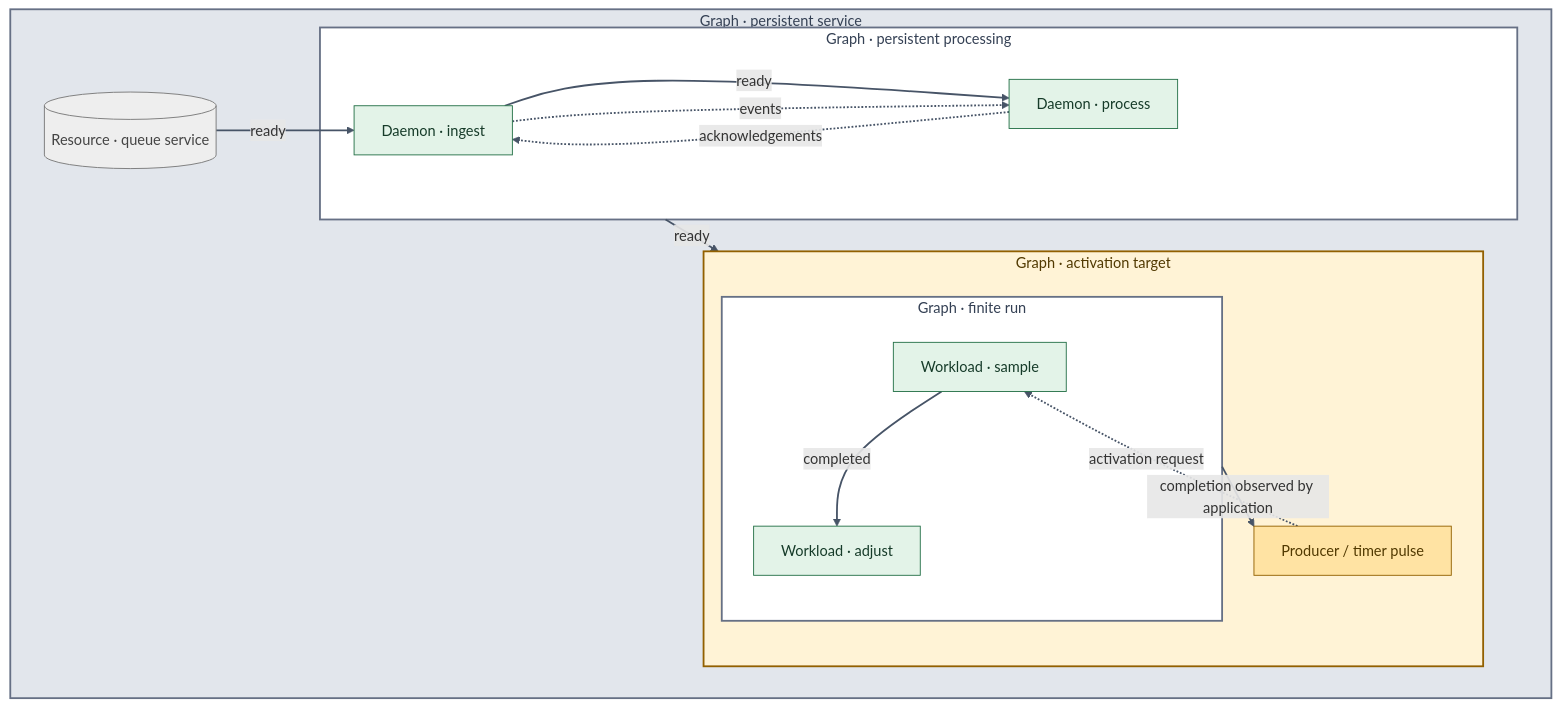
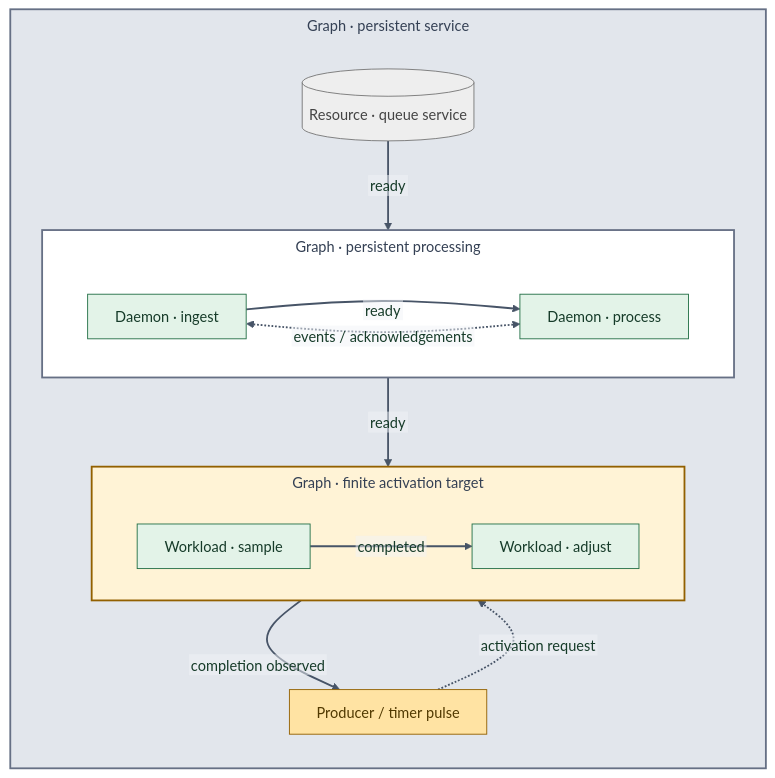
The eighth of 8 diagrams in README.md (astrivant/polyad), drawn with Mermaid before and after one commit. The commit also changed other lines of this file and 1 other file, not shown here.

Commit message:
Fix diagrams

````diff
--- a/README.md
+++ b/README.md
@@ -387,37 +542,53 @@
 ```mermaid
-flowchart LR
+---
+config:
+  theme: base
+  htmlLabels: false
+  themeVariables:
+    primaryTextColor: "#163b29"
+    secondaryTextColor: "#513900"
+    tertiaryTextColor: "#344054"
+    clusterBkg: "#f2f4f7"
+    clusterBorder: "#667085"
+    titleColor: "#344054"
+    edgeLabelBackground: "#f2f4f7"
+    lineColor: "#667085"
+  flowchart:
+    subGraphTitleMargin:
+      top: 8
+      bottom: 20
+---
+flowchart TB
     subgraph system["Graph · persistent service"]
-        direction LR
+        direction TB
         queue[("Resource · queue service")]
         subgraph service["Graph · persistent processing"]
+            direction LR
             ingest["Daemon · ingest"]
             process["Daemon · process"]
             ingest -->|ready| process
-            ingest -.->|events| process
-            process -.->|acknowledgements| ingest
+            ingest <-.->|"events / acknowledgements"| process
         end
-        subgraph activations["Graph · activation target"]
-            subgraph run["Graph · finite run"]
-                sample["Workload · sample"]
-                adjust["Workload · adjust"]
-                sample -->|completed| adjust
-            end
-            next["Producer / timer pulse"]
-            run -->|completion observed by application| next
-            next -.->|activation request| sample
+        subgraph activations["Graph · finite activation target"]
+            direction LR
+            sample["Workload · sample"]
+            adjust["Workload · adjust"]
+            sample -->|completed| adjust
         end
-        queue -->|ready| ingest
+        next["Producer / timer pulse"]
+        activations -->|"completion observed"| next
+        next -.->|"activation request"| activations
+        queue -->|ready| service
         service -->|ready| activations
     end
     classDef execution fill:#e3f3e8,stroke:#247047,color:#163b29
     classDef recurrence fill:#ffe3a3,stroke:#926000,color:#513900
     classDef resource fill:#eeeeee,stroke:#777777,color:#444444
     class ingest,process,sample,adjust execution
     class next recurrence
     class queue resource
     style system fill:#e2e6ec,stroke:#667085,stroke-width:2px,color:#344054
     style service fill:#ffffff,stroke:#667085,stroke-width:2px,color:#344054
     style activations fill:#fff3d6,stroke:#926000,stroke-width:2px,color:#513900
-    style run fill:#ffffff,stroke:#667085,stroke-width:2px,color:#344054
     linkStyle default stroke:#475467,stroke-width:2px
 ```
````
